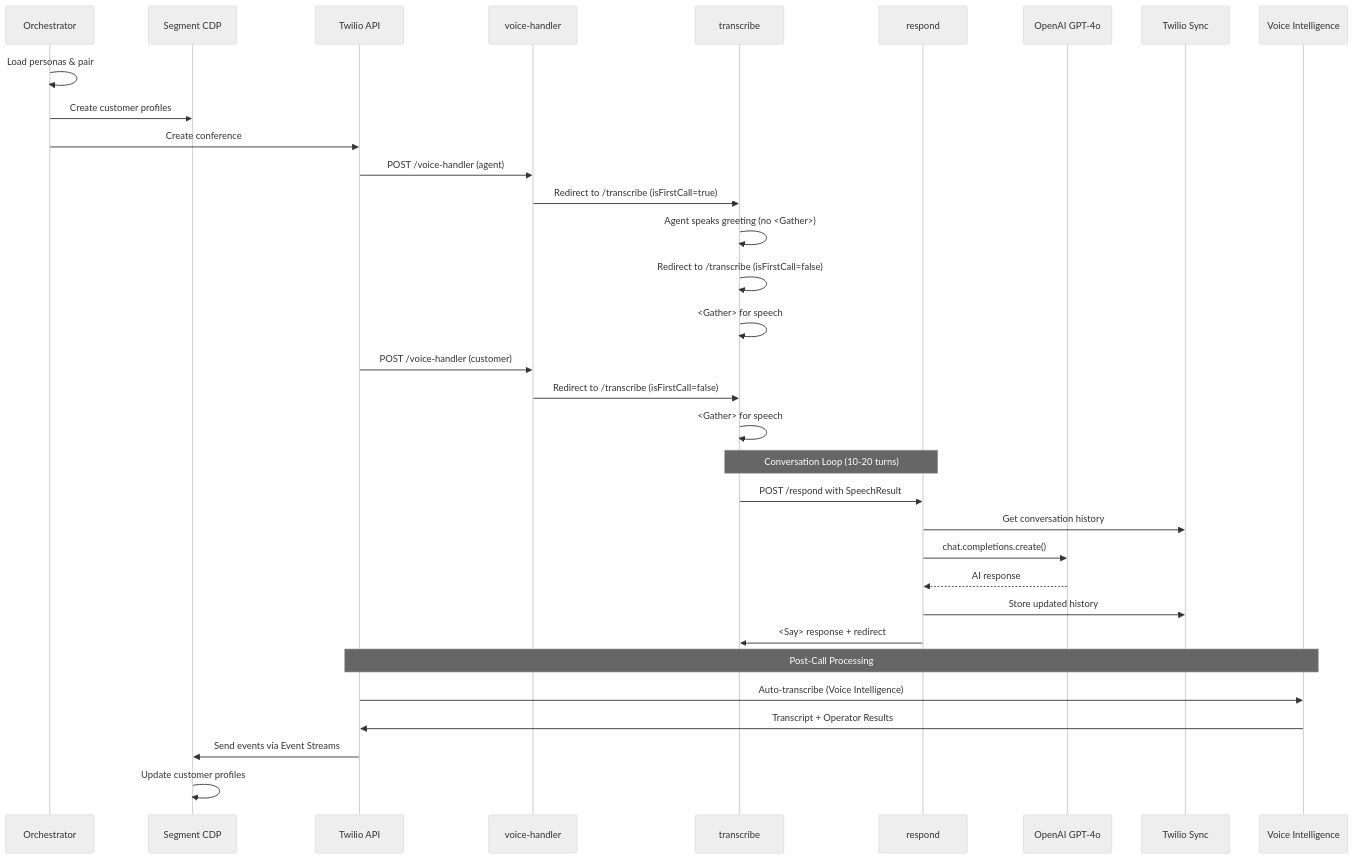
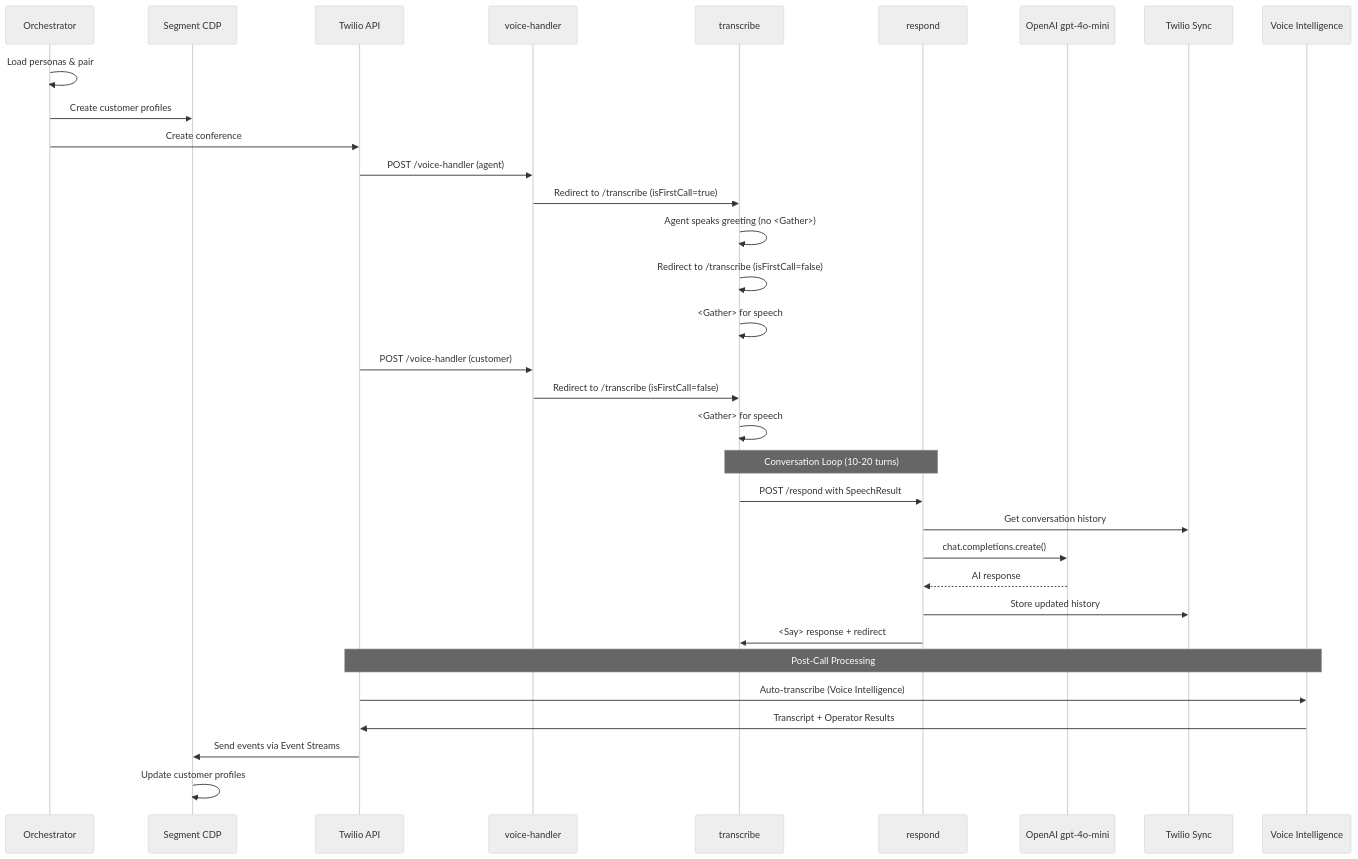
One commit to wittyreference/twilio-synthetic-call-data-generator changed the diagram in docs/architecture.md. Above: the diagram before and after it, drawn with Mermaid (neutral theme). The commit also changed other lines of this file and 6 other files, not shown here.

First line of the commit message:
Update OpenAI model from gpt-4o to gpt-4o-mini for improved cost efficiency

````diff
--- a/docs/architecture.md
+++ b/docs/architecture.md
@@ -75,41 +75,41 @@
 ```mermaid
 sequenceDiagram
     participant Orch as Orchestrator
     participant Seg as Segment CDP
     participant Twilio as Twilio API
     participant VH as voice-handler
     participant Trans as transcribe
     participant Resp as respond
-    participant AI as OpenAI GPT-4o
+    participant AI as OpenAI gpt-4o-mini
     participant Sync as Twilio Sync
     participant VI as Voice Intelligence
 
     Orch->>Orch: Load personas & pair
     Orch->>Seg: Create customer profiles
     Orch->>Twilio: Create conference
     Twilio->>VH: POST /voice-handler (agent)
     VH->>Trans: Redirect to /transcribe (isFirstCall=true)
     Trans->>Trans: Agent speaks greeting (no <Gather>)
     Trans->>Trans: Redirect to /transcribe (isFirstCall=false)
     Trans->>Trans: <Gather> for speech
 
     Twilio->>VH: POST /voice-handler (customer)
     VH->>Trans: Redirect to /transcribe (isFirstCall=false)
     Trans->>Trans: <Gather> for speech
 
     Note over Trans,Resp: Conversation Loop (10-20 turns)
 
     Trans->>Resp: POST /respond with SpeechResult
     Resp->>Sync: Get conversation history
     Resp->>AI: chat.completions.create()
     AI-->>Resp: AI response
     Resp->>Sync: Store updated history
     Resp->>Trans: <Say> response + redirect
 
     Note over Twilio,VI: Post-Call Processing
 
     Twilio->>VI: Auto-transcribe (Voice Intelligence)
     VI->>Twilio: Transcript + Operator Results
     Twilio->>Seg: Send events via Event Streams
     Seg->>Seg: Update customer profiles
 ```
````
